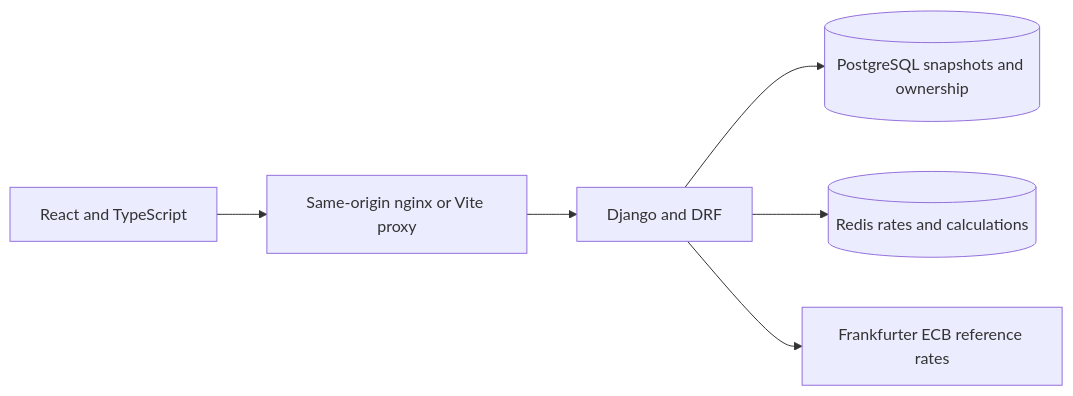
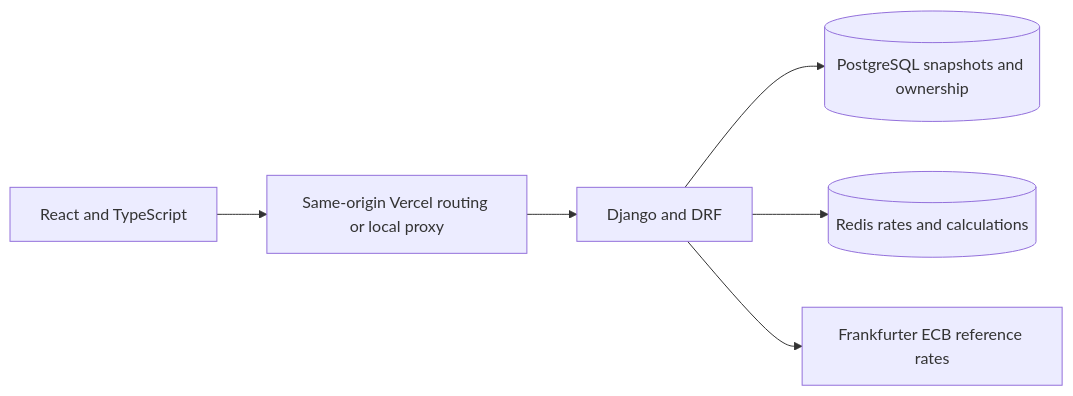
The diagram in README.md (KanishkThakar/QuoteGuard), drawn with Mermaid before and after one commit. The commit also changed other lines of this file and 18 other files, not shown here.

````diff
--- a/README.md
+++ b/README.md
@@ -18,8 +49,8 @@
 ```mermaid
 flowchart LR
-  UI[React and TypeScript] --> Proxy[Same-origin nginx or Vite proxy]
+  UI[React and TypeScript] --> Proxy[Same-origin Vercel routing or local proxy]
   Proxy --> API[Django and DRF]
   API --> DB[(PostgreSQL snapshots and ownership)]
   API --> Cache[(Redis rates and calculations)]
   API --> Provider[Frankfurter ECB reference rates]
 ```
````
